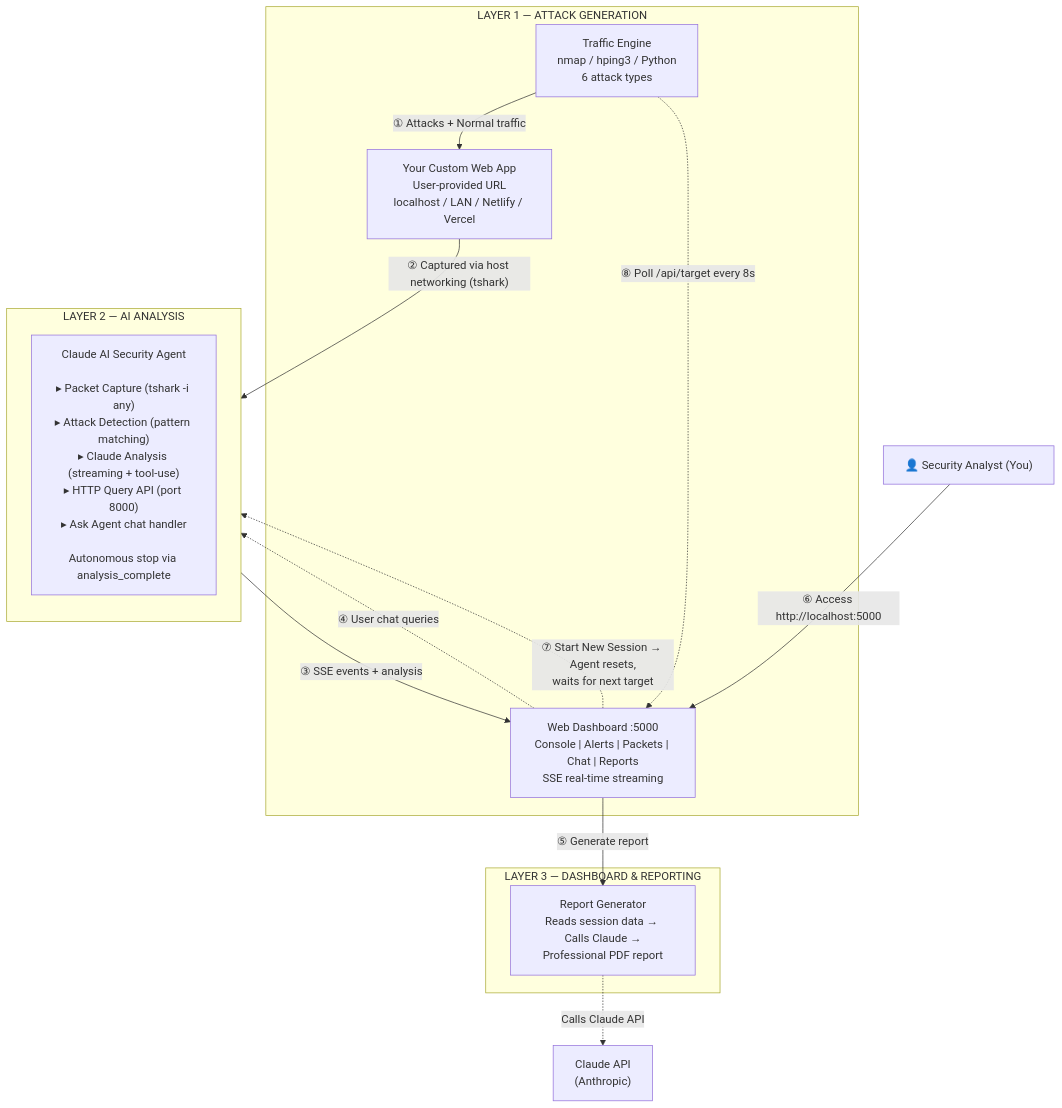
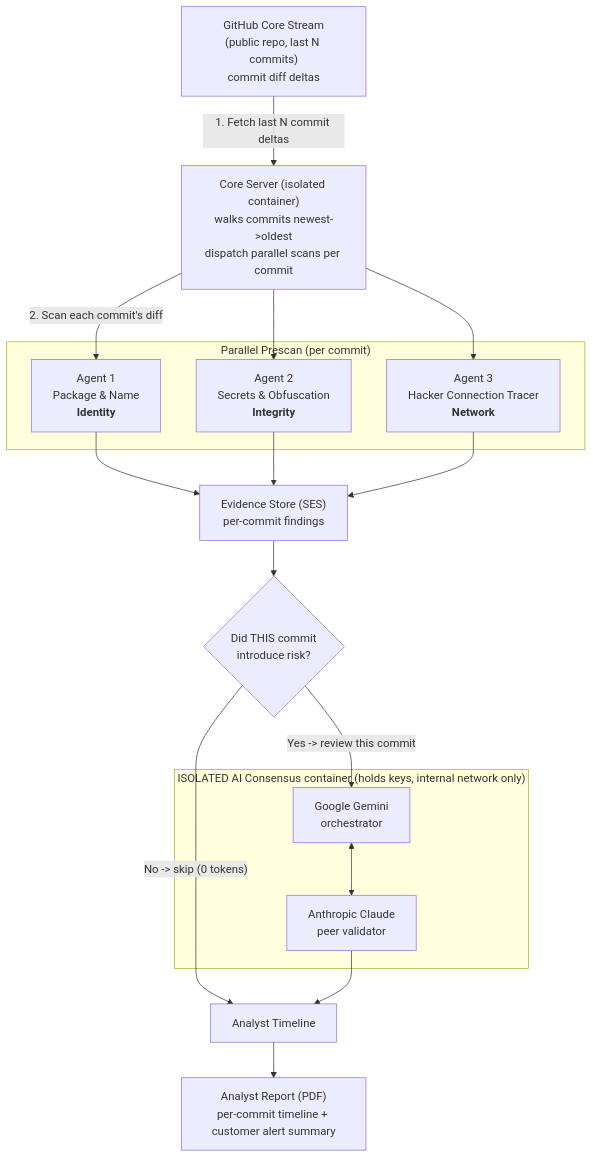
The diagram in README.md (ritvikindupuri/SupplyChainVuln), drawn with Mermaid before and after one commit. The commit also changed other lines of this file and 39 other files, not shown here.

Commit message:
SecureChain: complete rewrite with IOC detection, AI consensus, dark mode, SecureChain branding

````diff
--- a/README.md
+++ b/README.md
@@ -9,27 +18,34 @@
 ```mermaid
 flowchart TD
-    subgraph L1["LAYER 1 — ATTACK GENERATION"]
-        TE["Traffic Engine<br/>nmap / hping3 / Python<br/>6 attack types"]
-        CWA["Your Custom Web App<br/>User-provided URL<br/>localhost / LAN / Netlify / Vercel"]
-        TE -->|"① Attacks + Normal traffic"| CWA
-        TE -.->|"⑧ Poll /api/target every 8s"| DASH
+    GH["GitHub Core Stream<br/>(public repo, last N commits)<br/>commit diff deltas"]
+    CORE["Core Server (isolated container)<br/>walks commits newest->oldest<br/>dispatch parallel scans per commit"]
+    GH -->|"1. Fetch last N commit deltas"| CORE
+
+    subgraph PRESCAN["Parallel Prescan (per commit)"]
+        A1["Agent 1<br/>Package & Name<br/><b>Identity</b>"]
+        A2["Agent 2<br/>Secrets & Obfuscation<br/><b>Integrity</b>"]
+        A3["Agent 3<br/>Hacker Connection Tracer<br/><b>Network</b>"]
     end
+    CORE -->|"2. Scan each commit's diff"| A1
+    CORE --> A2
+    CORE --> A3
 
-    subgraph L2["LAYER 2 — AI ANALYSIS"]
-        direction TB
-        AG["Claude AI Security Agent<br/><br/>▸ Packet Capture (tshark -i any)<br/>▸ Attack Detection (pattern matching)<br/>▸ Claude Analysis (streaming + tool-use)<br/>▸ HTTP Query API (port 8000)<br/>▸ Ask Agent chat handler<br/><br/>Autonomous stop via analysis_complete"]
+    SES["Evidence Store (SES)<br/>per-commit findings"]
+    A1 --> SES
+    A2 --> SES
+    A3 --> SES
+
+    GATE{"Did THIS commit<br/>introduce risk?"}
+    SES --> GATE
+    GATE -->|"No -> skip (0 tokens)"| TL["Analyst Timeline"]
+
+    subgraph AI["ISOLATED AI Consensus container (holds keys, internal network only)"]
+        GEMINI["Google Gemini<br/>orchestrator"]
+        CLAUDE["Anthropic Claude<br/>peer validator"]
+        GEMINI <--> CLAUDE
     end
+    GATE -->|"Yes -> review this commit"| GEMINI
+    CLAUDE --> TL
 
-    subgraph L3["LAYER 3 — DASHBOARD & REPORTING"]
-        DASH["Web Dashboard :5000<br/>Console | Alerts | Packets | Chat | Reports<br/>SSE real-time streaming"]
-        RG["Report Generator<br/>Reads session data → Calls Claude →<br/>Professional PDF report"]
-    end
-
-    CWA -->|"② Captured via host networking (tshark)"| AG
-    AG -->|"③ SSE events + analysis"| DASH
-    DASH -.->|"④ User chat queries"| AG
-    DASH -->|"⑤ Generate report"| RG
-    RG -.->|"Calls Claude API"| API["Claude API<br/>(Anthropic)"]
-    USER["👤 Security Analyst (You)"] -->|"⑥ Access http://localhost:5000"| DASH
-    DASH -.->|"⑦ Start New Session → Agent resets,<br/>waits for next target"| AG
+    TL --> REPORT["Analyst Report (PDF)<br/>per-commit timeline + customer alert summary"]
 ```
````
